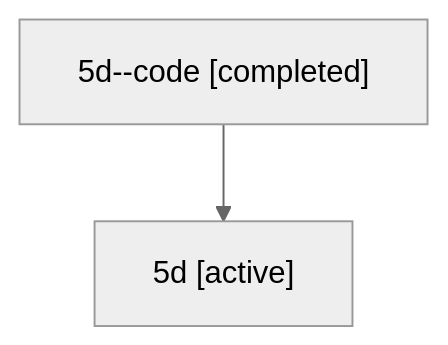
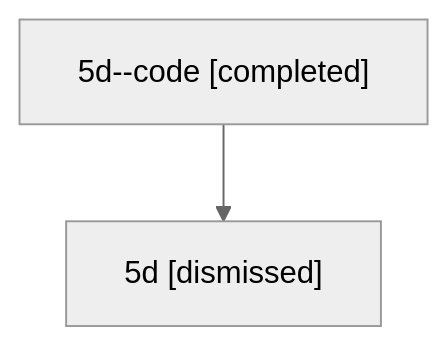
Before and after one commit to sase-org/sase--agents: the diagram in sessions/bbugyi200.athena.5d.md, drawn with Mermaid (neutral theme). The commit also changed other lines of this file and 42 other files, not shown here.

````diff
--- a/sessions/bbugyi200.athena.5d.md
+++ b/sessions/bbugyi200.athena.5d.md
@@ -9,6 +9,6 @@
 ```mermaid
 flowchart TD
   n0["5d--code [completed]"]
-  n1["5d [active]"]
+  n1["5d [dismissed]"]
   n0 --> n1
 ```
````
